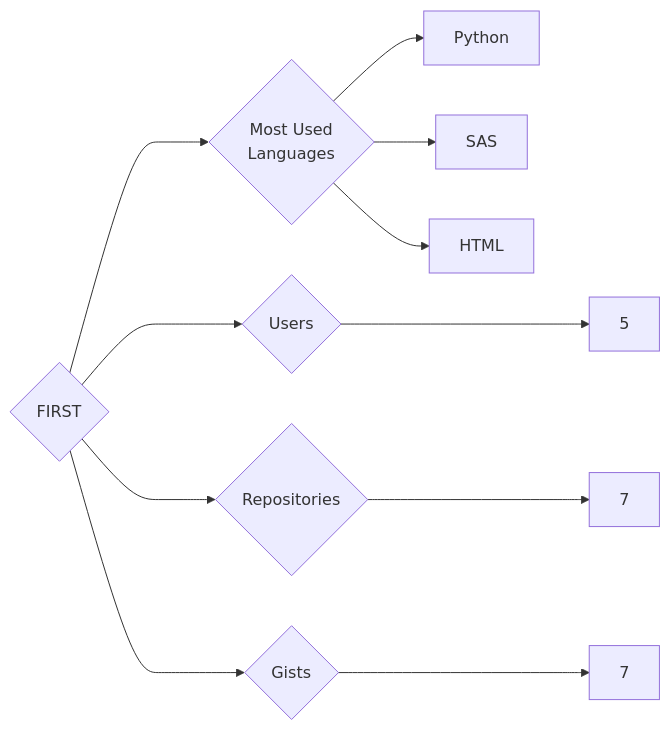
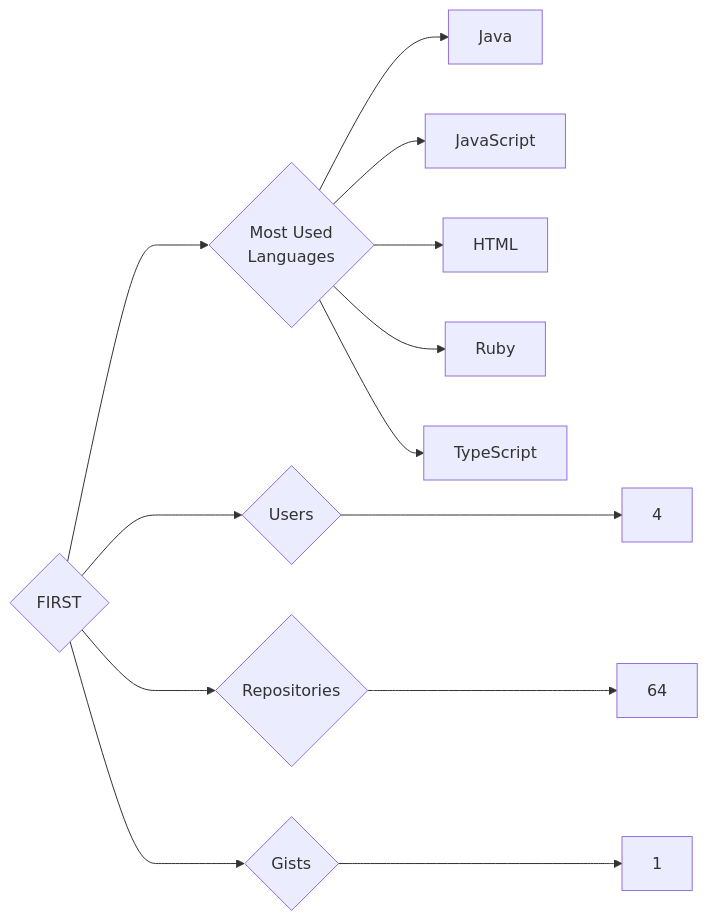
One commit to trickest/insiders changed the diagram in targets/FIRST/README.md. Above: the diagram before and after it, drawn with Mermaid. The commit also changed 998 other files, not shown here.

````diff
--- a/targets/FIRST/README.md
+++ b/targets/FIRST/README.md
@@ -3,11 +3,13 @@
 ```mermaid
 graph LR
 COMPANY_NAME{FIRST}
-COMPANY_NAME ---> U{Users} ---> UN[5]
-COMPANY_NAME ---> R{Repositories} ---> RN[7]
-COMPANY_NAME ---> G{Gists} ---> GN[7]
+COMPANY_NAME ---> U{Users} ---> UN[4]
+COMPANY_NAME ---> R{Repositories} ---> RN[64]
+COMPANY_NAME ---> G{Gists} ---> GN[1]
 COMPANY_NAME ---> ML{Most Used<br>Languages}
-ML --> Python[Python]
-ML --> SAS[SAS]
+ML --> Java[Java]
+ML --> JavaScript[JavaScript]
 ML --> HTML[HTML]
+ML --> Ruby[Ruby]
+ML --> TypeScript[TypeScript]
 ```
````
